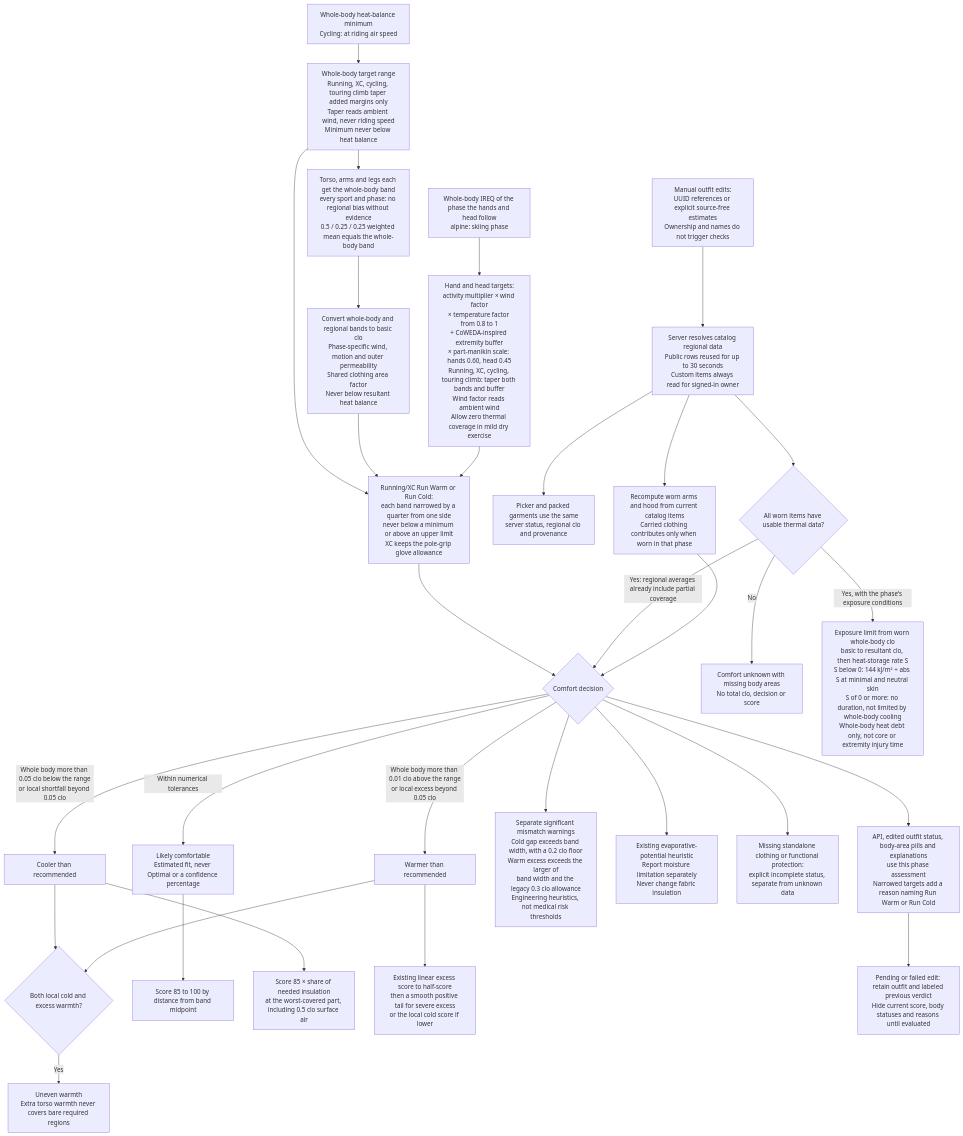
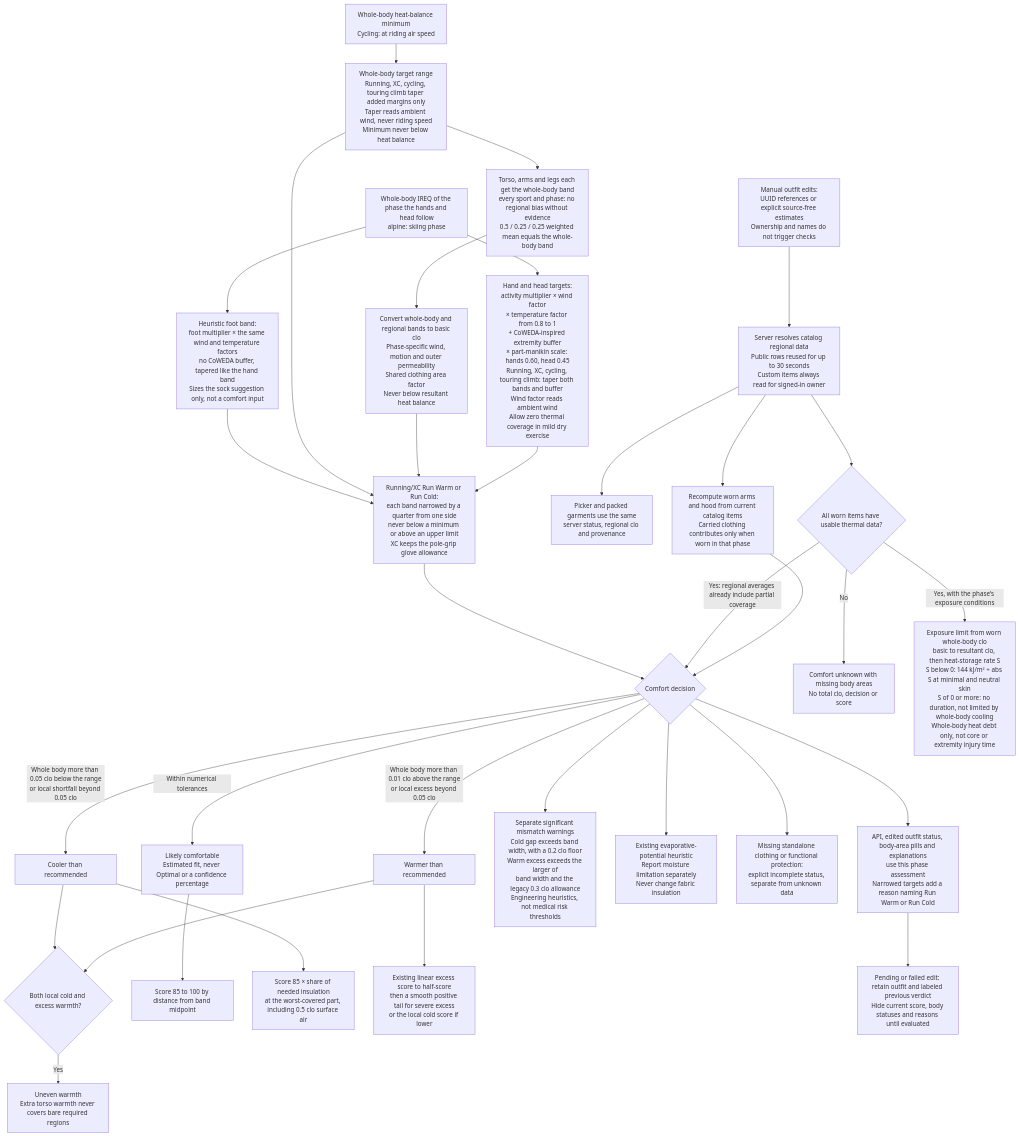
One commit to derobertsw/swttr changed the eighth of 8 diagrams in README.md. Above: the diagram before and after it, drawn with Mermaid. The commit also changed other lines of this file and 13 other files, not shown here.

First line of the commit message:
Suggest socks for each sport's footwear from a heuristic foot band (#405)

````diff
--- a/README.md
+++ b/README.md
@@ -339,35 +361,37 @@
 ```mermaid
 graph TD
     BALANCE[Whole-body heat-balance minimum<br/>Cycling: at riding air speed] --> RANGE[Whole-body target range<br/>Running, XC, cycling, touring climb taper added margins only<br/>Taper reads ambient wind, never riding speed<br/>Minimum never below heat balance]
     RANGE --> SPLIT[Torso, arms and legs each get the whole-body band<br/>every sport and phase: no regional bias without evidence<br/>0.5 / 0.25 / 0.25 weighted mean equals the whole-body band]
     SPLIT --> REG[Convert whole-body and regional bands to basic clo<br/>Phase-specific wind, motion and outer permeability<br/>Shared clothing area factor<br/>Never below resultant heat balance]
     PIREQ[Whole-body IREQ of the phase the hands and head follow<br/>alpine: skiing phase] --> EXT[Hand and head targets:<br/>activity multiplier × wind factor<br/>× temperature factor from 0.8 to 1<br/>+ CoWEDA-inspired extremity buffer<br/>× part-manikin scale: hands 0.60, head 0.45<br/>Running, XC, cycling, touring climb: taper both bands and buffer<br/>Wind factor reads ambient wind<br/>Allow zero thermal coverage in mild dry exercise]
 
+    PIREQ --> FOOT[Heuristic foot band:<br/>foot multiplier × the same wind and temperature factors<br/>no CoWEDA buffer, tapered like the hand band<br/>Sizes the sock suggestion only, not a comfort input]
+    FOOT --> PREFBAND
     RANGE --> PREFBAND[Running/XC Run Warm or Run Cold:<br/>each band narrowed by a quarter from one side<br/>never below a minimum or above an upper limit<br/>XC keeps the pole-grip glove allowance]
     REG --> PREFBAND
     EXT --> PREFBAND
     PREFBAND --> DEC{Comfort decision}
     EDIT[Manual outfit edits:<br/>UUID references or explicit source-free estimates<br/>Ownership and names do not trigger checks] --> LOOKUP[Server resolves catalog regional data<br/>Public rows reused for up to 30 seconds<br/>Custom items always read for signed-in owner]
     LOOKUP --> PICKER[Picker and packed garments use the same<br/>server status, regional clo and provenance]
     LOOKUP --> KNOWN{All worn items have usable thermal data?}
     KNOWN -->|Yes: regional averages already include partial coverage| DEC
     KNOWN -->|No| UNKNOWN[Comfort unknown with missing body areas<br/>No total clo, decision or score]
     DEC -->|Whole body more than 0.05 clo below the range<br/>or local shortfall beyond 0.05 clo| COLD[Cooler than recommended]
     DEC -->|Whole body more than 0.01 clo above the range<br/>or local excess beyond 0.05 clo| HOT[Warmer than recommended]
     COLD --> MIX{Both local cold and excess warmth?}
     HOT --> MIX
     MIX -->|Yes| UNEVEN[Uneven warmth<br/>Extra torso warmth never covers bare required regions]
     DEC -->|Within numerical tolerances| OK[Likely comfortable<br/>Estimated fit, never Optimal or a confidence percentage]
     DEC --> WARN[Separate significant mismatch warnings<br/>Cold gap exceeds band width, with a 0.2 clo floor<br/>Warm excess exceeds the larger of<br/>band width and the legacy 0.3 clo allowance<br/>Engineering heuristics, not medical risk thresholds]
     KNOWN -->|Yes, with the phase's exposure conditions| EXPO[Exposure limit from worn whole-body clo<br/>basic to resultant clo, then heat-storage rate S<br/>S below 0: 144 kJ/m² ÷ abs S at minimal and neutral skin<br/>S of 0 or more: no duration, not limited by whole-body cooling<br/>Whole-body heat debt only, not core or extremity injury time]
     DEC --> MOISTURE[Existing evaporative-potential heuristic<br/>Report moisture limitation separately<br/>Never change fabric insulation]
     OK --> S1[Score 85 to 100 by distance from band midpoint]
     COLD --> S2[Score 85 × share of needed insulation<br/>at the worst-covered part, including 0.5 clo surface air]
     HOT --> S3[Existing linear excess score to half-score<br/>then a smooth positive tail for severe excess<br/>or the local cold score if lower]
     LOOKUP --> ACTUAL[Recompute worn arms and hood from current catalog items<br/>Carried clothing contributes only when worn in that phase]
     ACTUAL --> DEC
     DEC --> GAP[Missing standalone clothing or functional protection:<br/>explicit incomplete status, separate from unknown data]
     DEC --> UI[API, edited outfit status, body-area pills and explanations<br/>use this phase assessment<br/>Narrowed targets add a reason naming Run Warm or Run Cold]
     UI --> STALE[Pending or failed edit: retain outfit and labeled previous verdict<br/>Hide current score, body statuses and reasons until evaluated]
 
 ```
````
